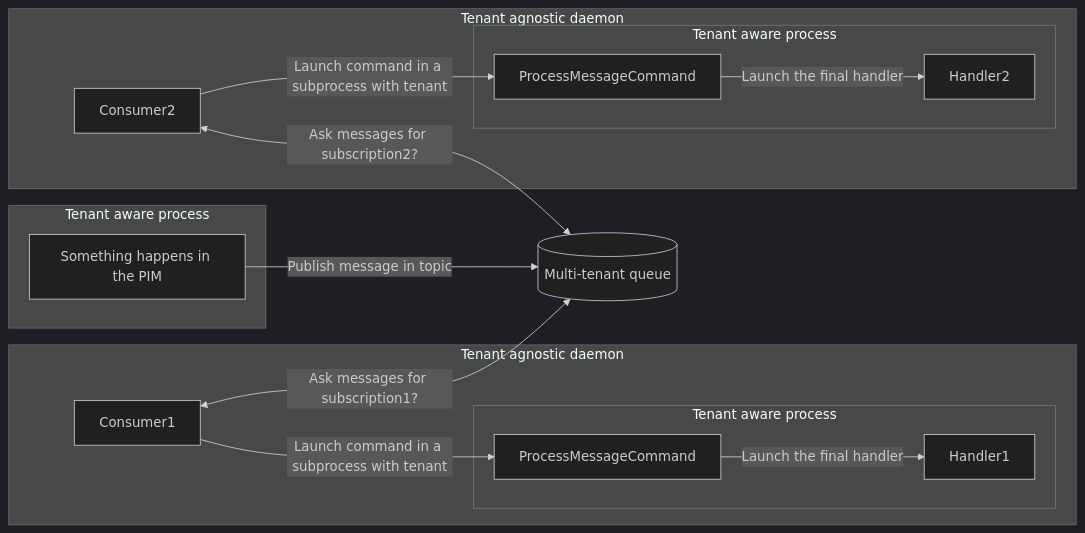
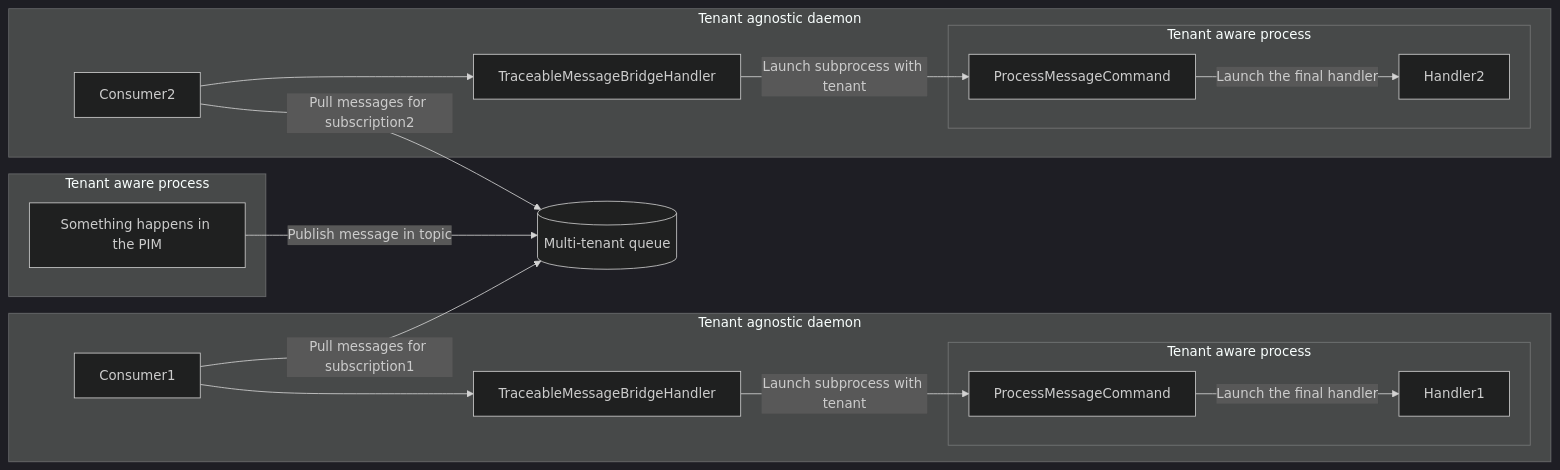
Before and after one commit to akeneo/pim-community-dev: the diagram in src/Akeneo/Tool/Bundle/MessengerBundle/README.md, drawn with Mermaid (dark theme). The commit also changed 1 other file, not shown here.

Commit message:
JEL-227: improve schema

````diff
--- a/src/Akeneo/Tool/Bundle/MessengerBundle/README.md
+++ b/src/Akeneo/Tool/Bundle/MessengerBundle/README.md
@@ -117,21 +117,23 @@
 ```mermaid
 flowchart LR
     subgraph Tenant aware process
         action[Something happens in the PIM]
     end
     action -- Publish message in topic --> queue[(Multi-tenant queue)]
-    Consumer1 <-- Ask messages for subscription1? --> queue
+    Consumer1 -- Pull messages for subscription1 --> queue
     subgraph Tenant agnostic daemon
-        Consumer1 -- Launch command in a subprocess with tenant --> pmc1[ProcessMessageCommand]
+        Consumer1 --> traceableHandler1[TraceableMessageBridgeHandler]
+        traceableHandler1 -- Launch subprocess with tenant --> pmc1[ProcessMessageCommand]
         subgraph Tenant aware process
             pmc1 -- Launch the final handler --> Handler1
         end
     end
-    Consumer2 <-- Ask messages for subscription2? --> queue
+    Consumer2 -- Pull messages for subscription2 --> queue
     subgraph Tenant agnostic daemon
-        Consumer2 -- Launch command in a subprocess with tenant --> pmc2[ProcessMessageCommand]
+        Consumer2 --> traceableHandler2[TraceableMessageBridgeHandler]
+        traceableHandler2 -- Launch subprocess with tenant --> pmc2[ProcessMessageCommand]
         subgraph Tenant aware process
             pmc2 -- Launch the final handler --> Handler2
         end
     end
 ```
````
